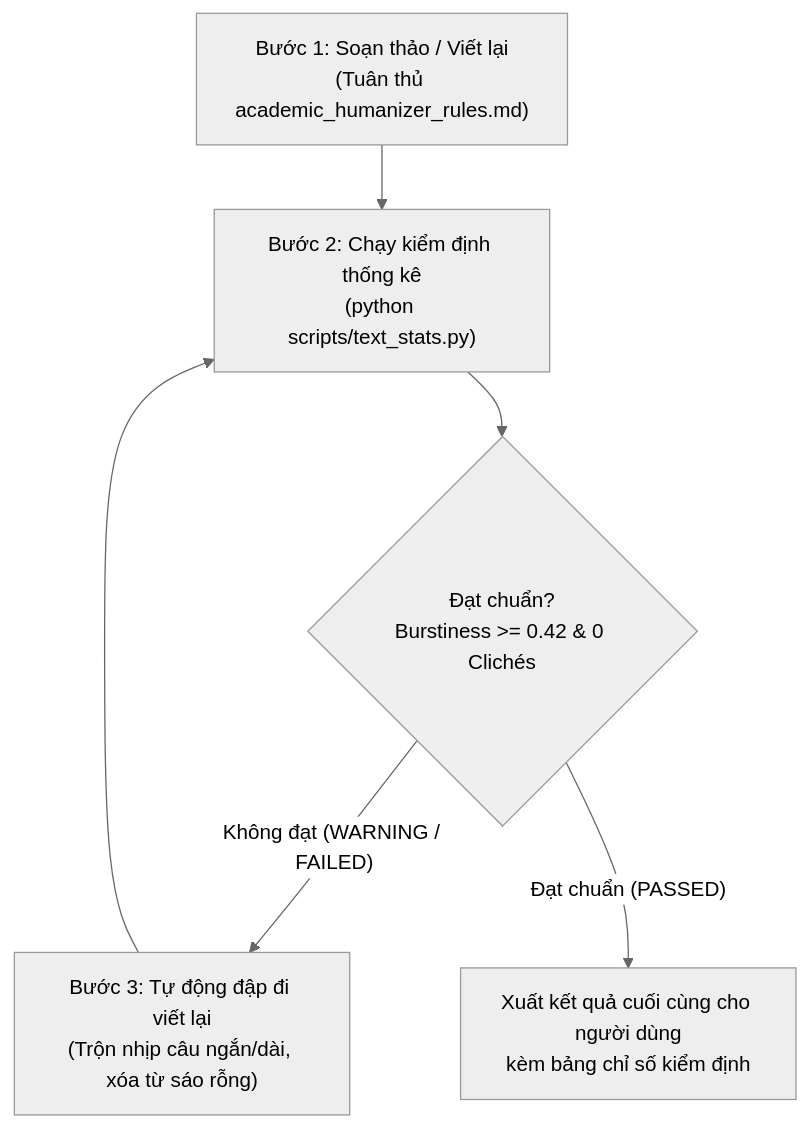
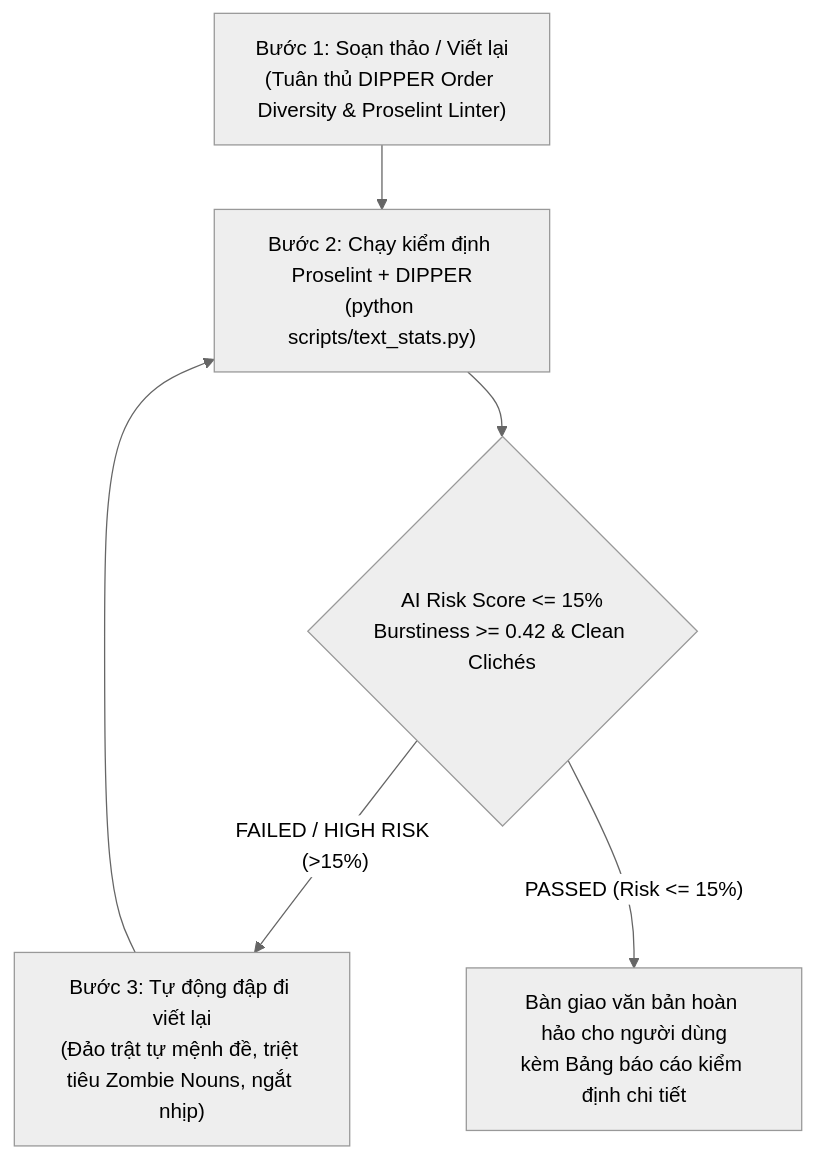
Before and after one commit to Escanor292/caimo: the diagram in .agents/skills/ai-text-detection/SKILL.md, drawn with Mermaid (neutral theme). The commit also changed other lines of this file and 3 other files, not shown here.

Commit message:
feat(humanizer): integrate DIPPER, Proselint, Write-Good, and Parrot paraphrasing rules into text_stats and skill

````diff
--- a/.agents/skills/ai-text-detection/SKILL.md
+++ b/.agents/skills/ai-text-detection/SKILL.md
@@ -21,8 +39,8 @@
 ```mermaid
 flowchart TD
-    A["Bước 1: Soạn thảo / Viết lại<br/>(Tuân thủ academic_humanizer_rules.md)"] --> B["Bước 2: Chạy kiểm định thống kê<br/>(python scripts/text_stats.py)"]
-    B --> C{"Đạt chuẩn?<br/>Burstiness >= 0.42 & 0 Clichés"}
-    C -- "Không đạt (WARNING / FAILED)" --> D["Bước 3: Tự động đập đi viết lại<br/>(Trộn nhịp câu ngắn/dài, xóa từ sáo rỗng)"]
+    A["Bước 1: Soạn thảo / Viết lại<br/>(Tuân thủ DIPPER Order Diversity & Proselint Linter)"] --> B["Bước 2: Chạy kiểm định Proselint + DIPPER<br/>(python scripts/text_stats.py)"]
+    B --> C{"AI Risk Score <= 15%<br/>Burstiness >= 0.42 & Clean Clichés"}
+    C -- "FAILED / HIGH RISK (>15%)" --> D["Bước 3: Tự động đập đi viết lại<br/>(Đảo trật tự mệnh đề, triệt tiêu Zombie Nouns, ngắt nhịp)"]
     D --> B
-    C -- "Đạt chuẩn (PASSED)" --> E["Xuất kết quả cuối cùng cho người dùng<br/>kèm bảng chỉ số kiểm định"]
+    C -- "PASSED (Risk <= 15%)" --> E["Bàn giao văn bản hoàn hảo cho người dùng<br/>kèm Bảng báo cáo kiểm định chi tiết"]
 ```
````
